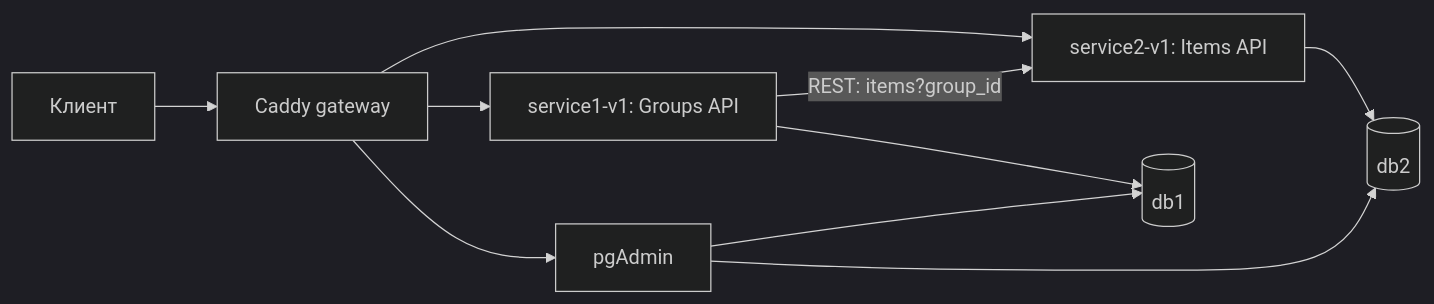
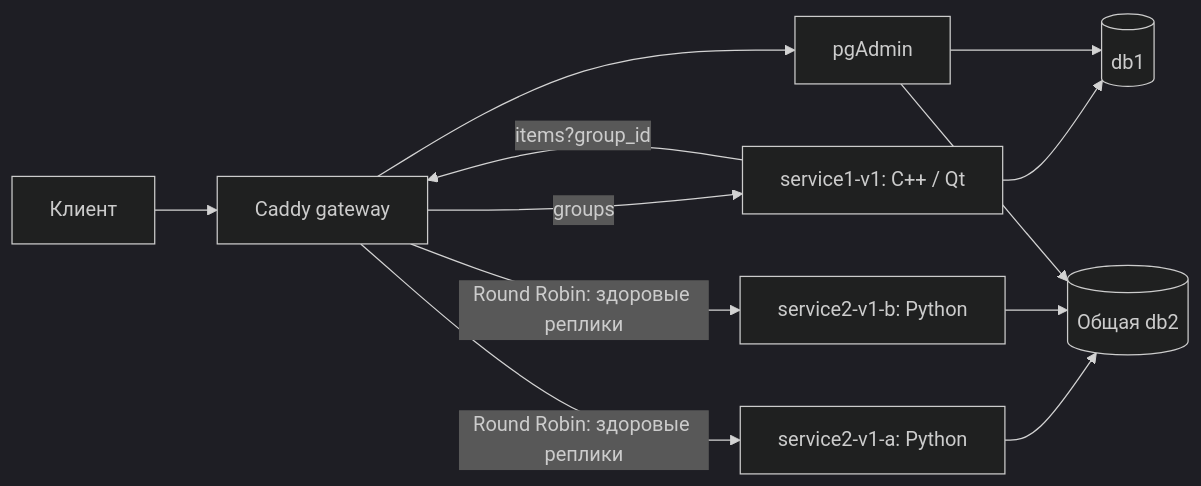
One commit to sidorin001/msa2026-docker changed the diagram in README.md. Above: the diagram before and after it, drawn with Mermaid (dark theme). The commit also changed other lines of this file and 23 other files, not shown here.

````diff
--- a/README.md
+++ b/README.md
@@ -5,12 +5,14 @@
 ```mermaid
 flowchart LR
-    Client[Клиент] --> G[Caddy gateway]
-    G --> S1[service1-v1: Groups API]
-    G --> S2[service2-v1: Items API]
+    C[Клиент] --> G[Caddy gateway]
+    G -->|groups| S1[service1-v1: C++ / Qt]
+    S1 --> D1[(db1)]
+    S1 -->|items?group_id| G
+    G -->|Round Robin: здоровые реплики| A[service2-v1-a: Python]
+    G -->|Round Robin: здоровые реплики| B[service2-v1-b: Python]
+    A --> D2[(Общая db2)]
+    B --> D2
     G --> P[pgAdmin]
-    S1 --> D1[(db1)]
-    S2 --> D2[(db2)]
-    S1 -->|REST: items?group_id| S2
     P --> D1
     P --> D2
 ```
````
